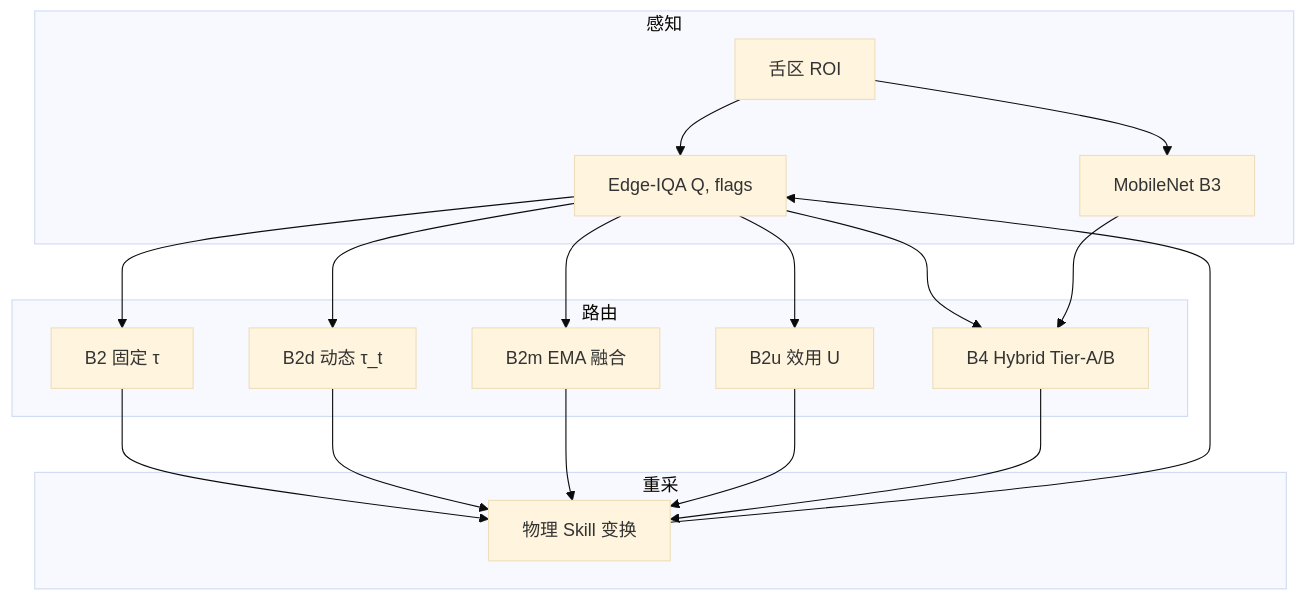
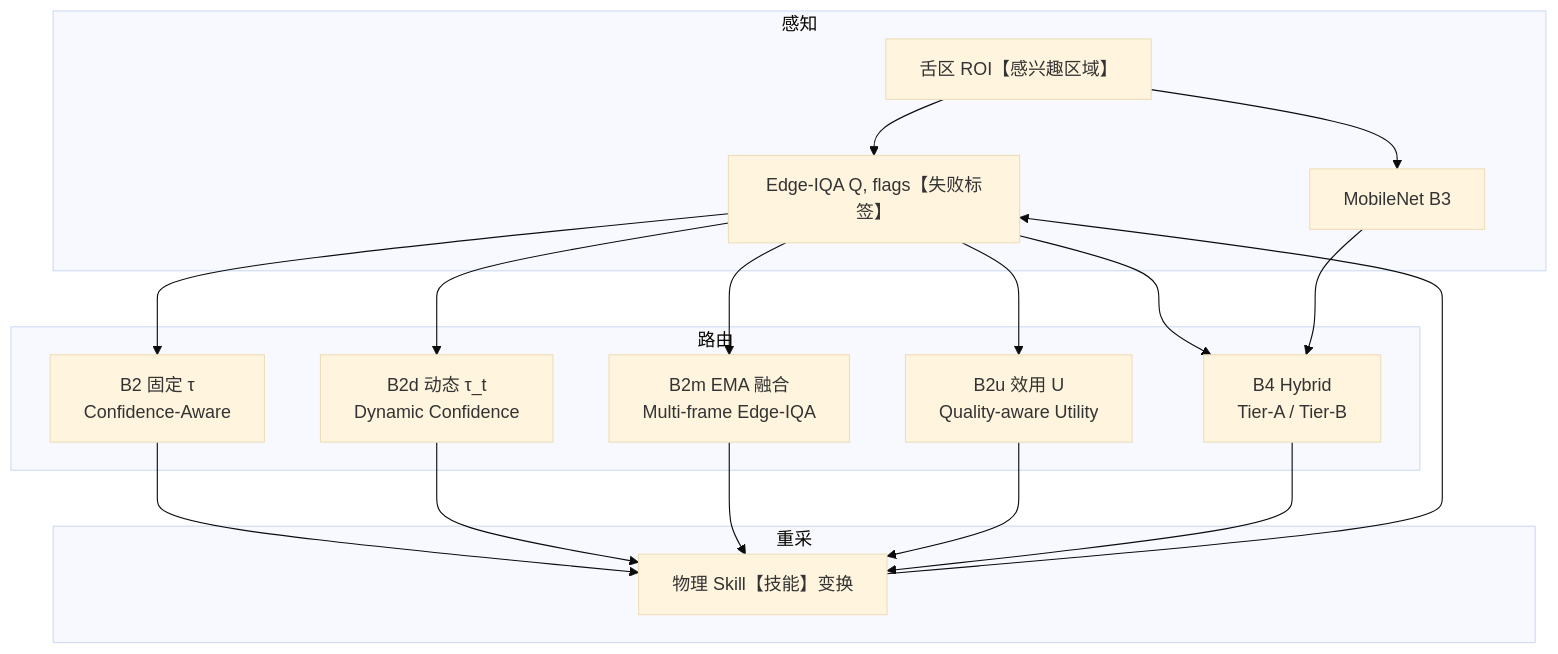
Before and after one commit to shlwsh/franka_ros2: the diagram in docs-zh/paper1/study/08_算法扩展详解.md, drawn with Mermaid (base theme). The commit also changed other lines of this file, not shown here.

````diff
--- a/docs-zh/paper1/study/08_算法扩展详解.md
+++ b/docs-zh/paper1/study/08_算法扩展详解.md
@@ -312,29 +414,29 @@
 ```mermaid
 flowchart TB
     subgraph 感知
-        ROI[舌区 ROI]
-        EIQA[Edge-IQA Q, flags]
+        ROI["舌区 ROI【感兴趣区域】"]
+        EIQA["Edge-IQA Q, flags【失败标签】"]
         B3NET[MobileNet B3]
     end
 
     subgraph 重采
-        PHYS[物理 Skill 变换]
+        PHYS["物理 Skill【技能】变换"]
     end
 
     subgraph 路由
-        B2[ B2 固定 τ ]
-        B2d[ B2d 动态 τ_t ]
-        B2m[ B2m EMA 融合 ]
-        B2u[ B2u 效用 U ]
-        B4[ B4 Hybrid Tier-A/B ]
+        B2["B2 固定 τ<br/>Confidence-Aware"]
+        B2d["B2d 动态 τ_t<br/>Dynamic Confidence"]
+        B2m["B2m EMA 融合<br/>Multi-frame Edge-IQA"]
+        B2u["B2u 效用 U<br/>Quality-aware Utility"]
+        B4["B4 Hybrid<br/>Tier-A / Tier-B"]
     end
 
     ROI --> EIQA
     ROI --> B3NET
     EIQA --> B2 & B2d & B2m & B2u
     EIQA --> B4
     B3NET --> B4
     B2 & B2d & B2m & B2u --> PHYS
     B4 --> PHYS
     PHYS --> EIQA
 ```
````
